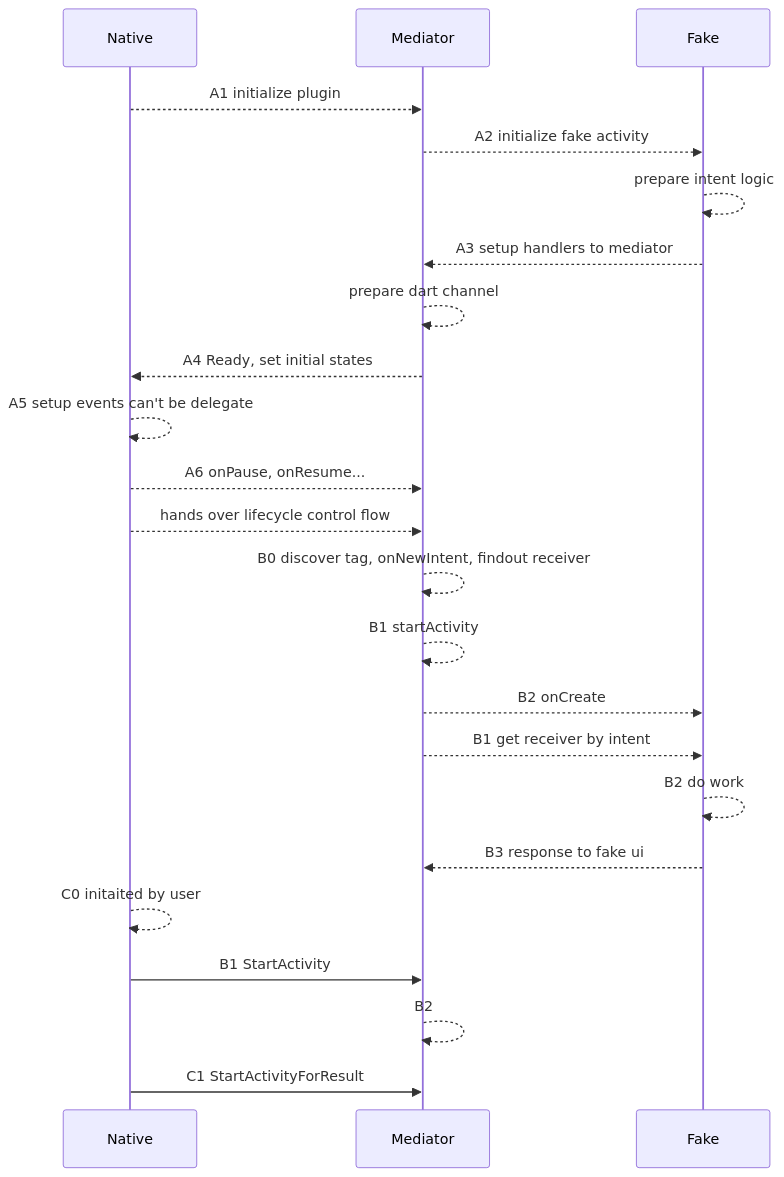
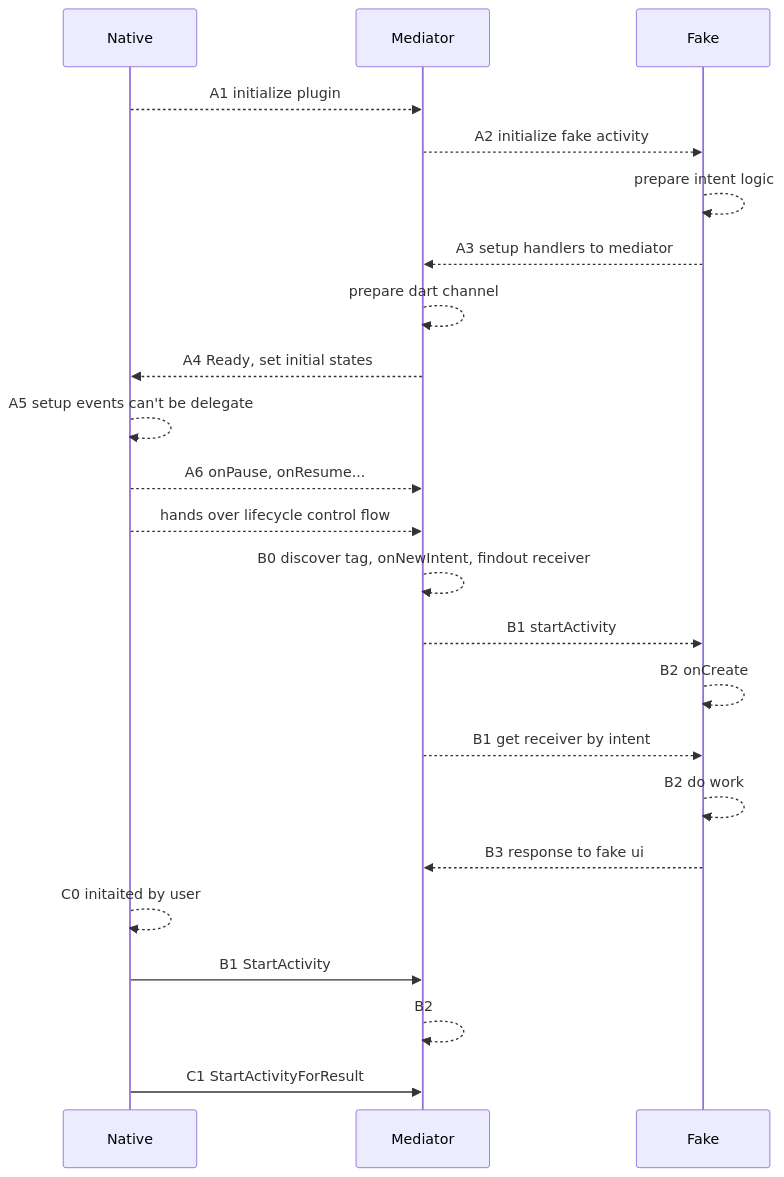
The second of 2 diagrams in flutter/addActivityResultListener.md (gordianknotC/nxp_note), drawn with Mermaid before and after one commit. The commit also changed other lines of this file, not shown here.

Commit message:
flutter/addActivityResultListener.md updated from https://stackedit.io/

````diff
--- a/flutter/addActivityResultListener.md
+++ b/flutter/addActivityResultListener.md
@@ -55,30 +55,30 @@
 ```mermaid
 sequenceDiagram
 participant Native
 participant Mediator
 participant Fake
 
 Native -->> Mediator: A1 initialize plugin
 Mediator -->> Fake: A2 initialize fake activity
 Fake -->> Fake: prepare intent logic
 Fake -->> Mediator: A3 setup handlers to mediator
 Mediator -->> Mediator: prepare dart channel
 Mediator -->> Native: A4 Ready, set initial states
 Native -->> Native: A5 setup events can't be delegate
 Native -->> Mediator: A6 onPause, onResume...
 Native -->> Mediator: hands over lifecycle control flow
 
 Mediator-->> Mediator: B0 discover tag, onNewIntent, findout receiver
-Mediator-->>Mediator: B1 startActivity
-Mediator-->>Fake: B2 onCreate
+Mediator-->>Fake: B1 startActivity
+Fake-->>Fake: B2 onCreate
 Mediator-->>Fake: B1 get receiver by intent
 Fake-->>Fake:B2 do work
 Fake-->>Mediator:B3 response to fake ui
 
 
 Native -->> Native: C0 initaited by user
 Native ->> Mediator: B1 StartActivity
 Mediator -->> Mediator: B2 
 Native ->> Mediator: C1 StartActivityForResult
 
 ```
````
